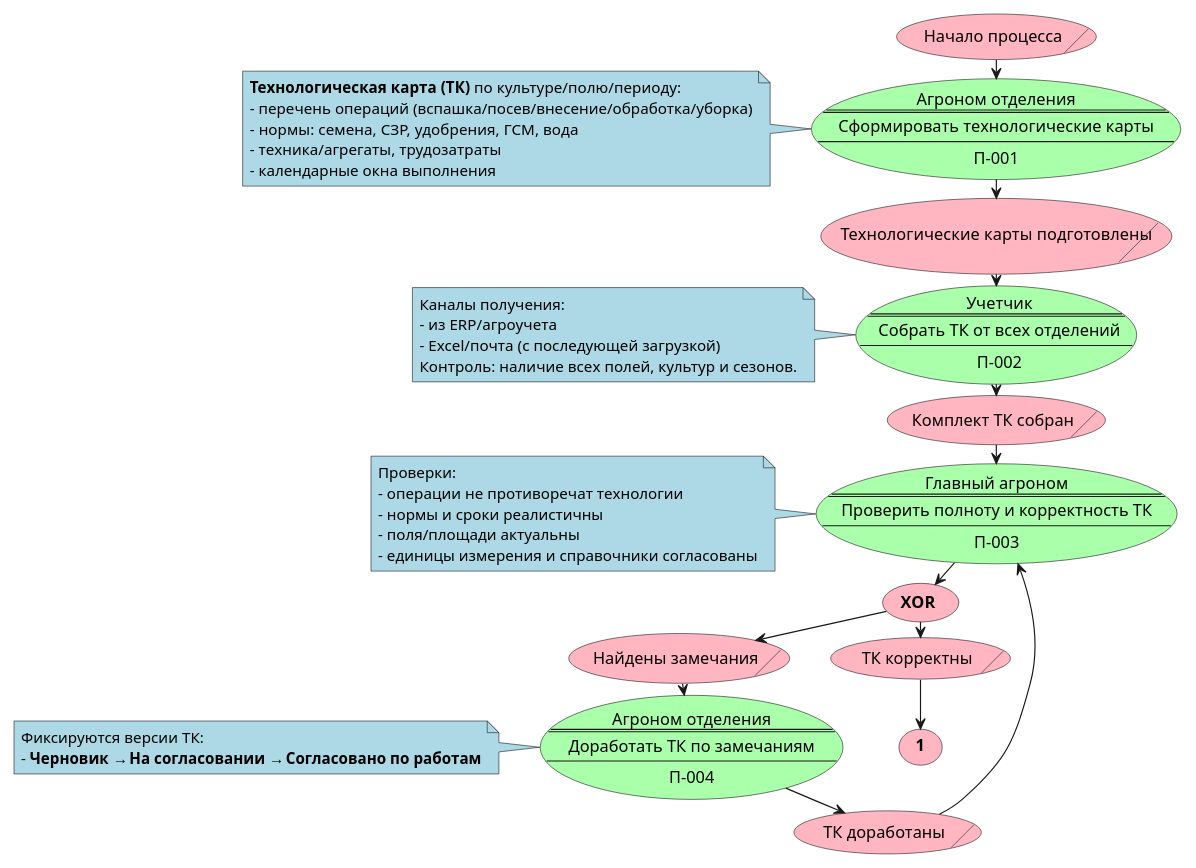
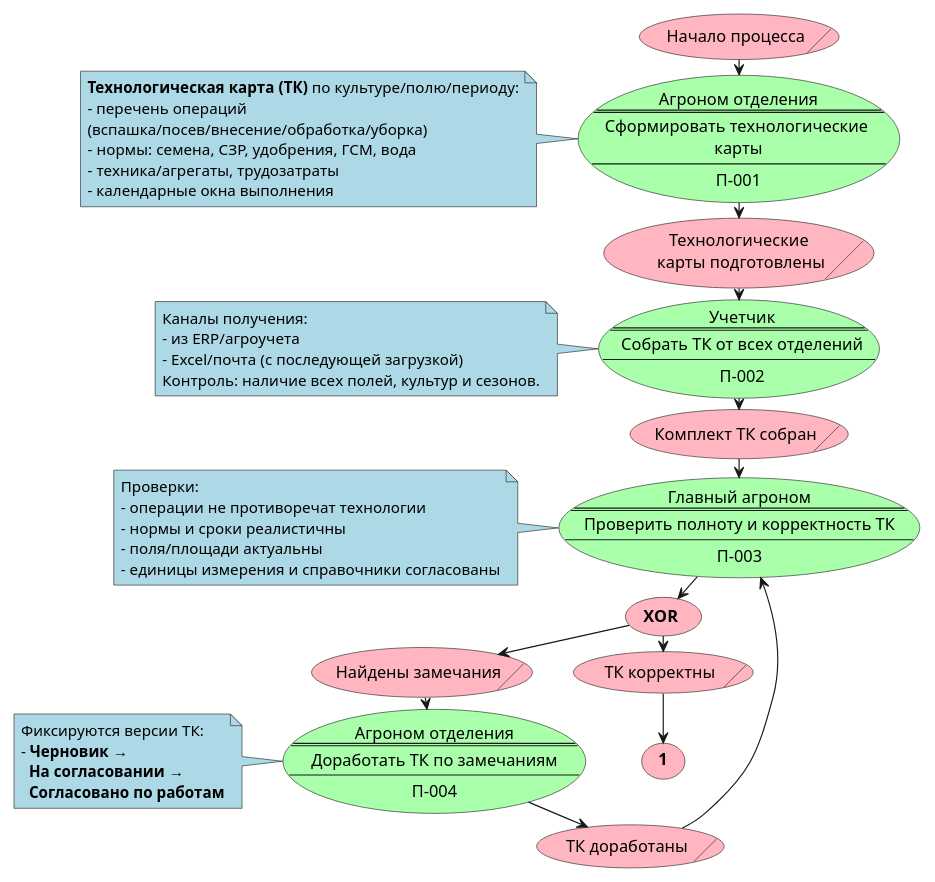
The first of 4 diagrams in docs/СхемаПроцесса.wsd (redokov/infostart2026), drawn with PlantUML before and after one commit. The commit also changed other lines of this file and 10 other files, not shown here.

Commit message:
скорректировал схему процесса

```diff
--- a/docs/СхемаПроцесса.wsd
+++ b/docs/СхемаПроцесса.wsd
@@ -1,98 +1,102 @@
 @startuml FieldWorksPlanningProcessPart1
 ' Элементы сверху вниз (удобно для печати на А4)
 top to bottom direction
 skinparam ranksep 10
 skinparam dpi 80
 skinparam packageTitleAlignment left
 
 skinparam usecase {
   BackgroundColor LightPink
 }
 skinparam note {
   BackgroundColor LightBlue
 }
 skinparam rectangle {
   BackgroundColor LightGray
 }
 
 usecase/ S.0 as "Начало процесса"
 
 usecase Ф.1 #AAFFAA as "
 Агроном отделения
 ====
-Сформировать технологические карты
+Сформировать технологические 
+карты
 ----
 П-001"
 note left of Ф.1
 **Технологическая карта (ТК)** по культуре/полю/периоду:
-- перечень операций (вспашка/посев/внесение/обработка/уборка)
+- перечень операций 
+(вспашка/посев/внесение/обработка/уборка)
 - нормы: семена, СЗР, удобрения, ГСМ, вода
 - техника/агрегаты, трудозатраты
 - календарные окна выполнения
 end note
 
-usecase/ С.1 as "Технологические карты подготовлены"
+usecase/ С.1 as "Технологические\n карты подготовлены"
 
 usecase Ф.2 #AAFFAA as "
 Учетчик
 ====
 Собрать ТК от всех отделений
 ----
 П-002"
 note left of Ф.2
 Каналы получения:
 - из ERP/агроучета
 - Excel/почта (с последующей загрузкой)
 Контроль: наличие всех полей, культур и сезонов.
 end note
 
 usecase/ С.2 as "Комплект ТК собран"
 
 usecase Ф.3 #AAFFAA as "
 Главный агроном
 ====
 Проверить полноту и корректность ТК
 ----
 П-003"
 note left of Ф.3
 Проверки:
 - операции не противоречат технологии
 - нормы и сроки реалистичны
 - поля/площади актуальны
 - единицы измерения и справочники согласованы
 end note
 
 usecase У.1 as (**XOR**)
 
 usecase/ С.3 as "ТК корректны"
 usecase/ С.4 as "Найдены замечания"
 
 usecase Ф.4 #AAFFAA as "
 Агроном отделения
 ====
 Доработать ТК по замечаниям
 ----
 П-004"
 note left of Ф.4
 Фиксируются версии ТК:
-- **Черновик** → **На согласовании** → **Согласовано по работам**
+- **Черновик** → 
+  **На согласовании** → 
+  **Согласовано по работам**
 end note
 
 usecase/ С.5 as "ТК доработаны"
 
 usecase Т.1 as "**1**"
 
 S.0 -d-> Ф.1
 Ф.1 -d-> С.1
 С.1 -d-> Ф.2
 Ф.2 -d-> С.2
 С.2 -d-> Ф.3
 Ф.3 -d-> У.1
 У.1 -d-> С.3
 У.1 -d-> С.4
 С.4 -d-> Ф.4
 Ф.4 -d-> С.5
 С.5 -d-> Ф.3
 
 С.3 -d-> Т.1
 @enduml
```
